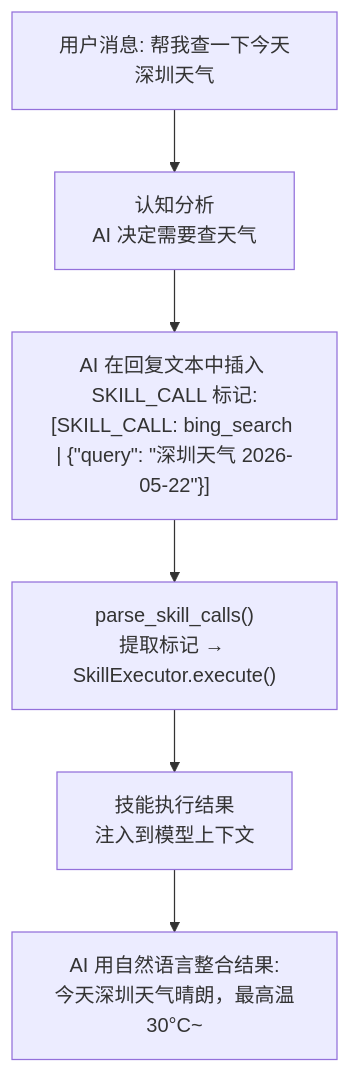
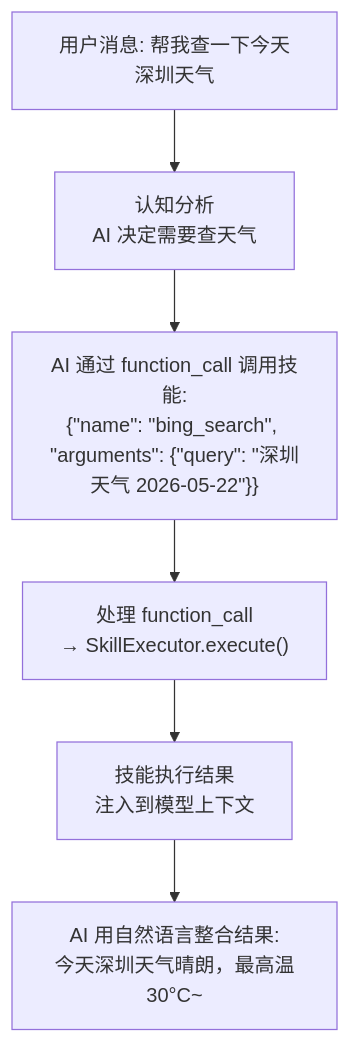
Before and after one commit to LiveSirius/SiriusPulse-Docs: the first of 3 diagrams in extensions/skill-overview.md, drawn with Mermaid. The commit also changed other lines of this file and 4 other files, not shown here.

Commit message:
docs: 自动同步 — 核心引擎重构、新增插件意图匹配/验证模块、删除技能执行器、配置模型变更，影响多个公开接口和配置字段 [skip ci]

````diff
--- a/extensions/skill-overview.md
+++ b/extensions/skill-overview.md
@@ -7,8 +7,8 @@
 ```mermaid
 flowchart TB
     A["用户消息: 帮我查一下今天深圳天气"] --> B["认知分析<br>AI 决定需要查天气"]
-    B --> C["AI 在回复文本中插入 SKILL_CALL 标记:<br>[SKILL_CALL: bing_search | {&quot;query&quot;: &quot;深圳天气 2026-05-22&quot;}]"]
-    C --> D["parse_skill_calls()<br>提取标记 → SkillExecutor.execute()"]
+    B --> C["AI 通过 function_call 调用技能:<br>{&quot;name&quot;: &quot;bing_search&quot;, &quot;arguments&quot;: {&quot;query&quot;: &quot;深圳天气 2026-05-22&quot;}}"]
+    C --> D["处理 function_call<br>→ SkillExecutor.execute()"]
     D --> E["技能执行结果<br>注入到模型上下文"]
     E --> F["AI 用自然语言整合结果:<br>今天深圳天气晴朗，最高温30°C~"]
 ```
````
